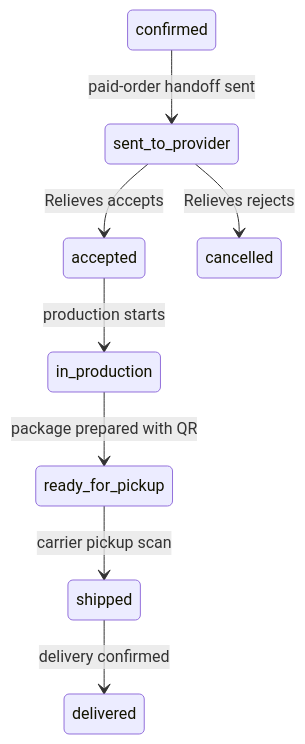
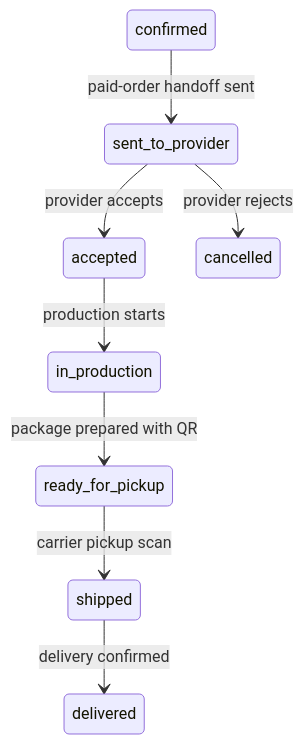
The second of 2 diagrams in docs/flows/provider-fulfillment-flow.md (jovillal/placamia), drawn with Mermaid before and after one commit. The commit also changed other lines of this file and 24 other files, not shown here.

````diff
--- a/docs/flows/provider-fulfillment-flow.md
+++ b/docs/flows/provider-fulfillment-flow.md
@@ -40,10 +40,10 @@
 ```mermaid
 stateDiagram-v2
     confirmed --> sent_to_provider: paid-order handoff sent
-    sent_to_provider --> accepted: Relieves accepts
-    sent_to_provider --> cancelled: Relieves rejects
+    sent_to_provider --> accepted: provider accepts
+    sent_to_provider --> cancelled: provider rejects
     accepted --> in_production: production starts
     in_production --> ready_for_pickup: package prepared with QR
     ready_for_pickup --> shipped: carrier pickup scan
     shipped --> delivered: delivery confirmed
 ```
````
